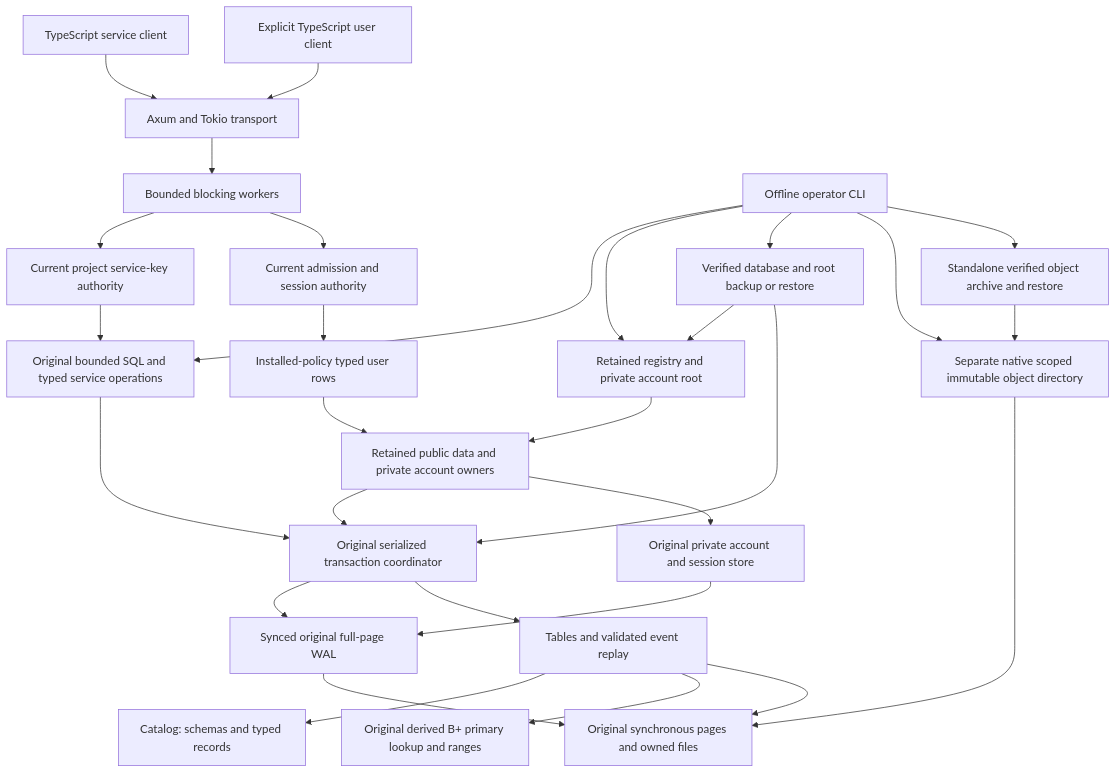
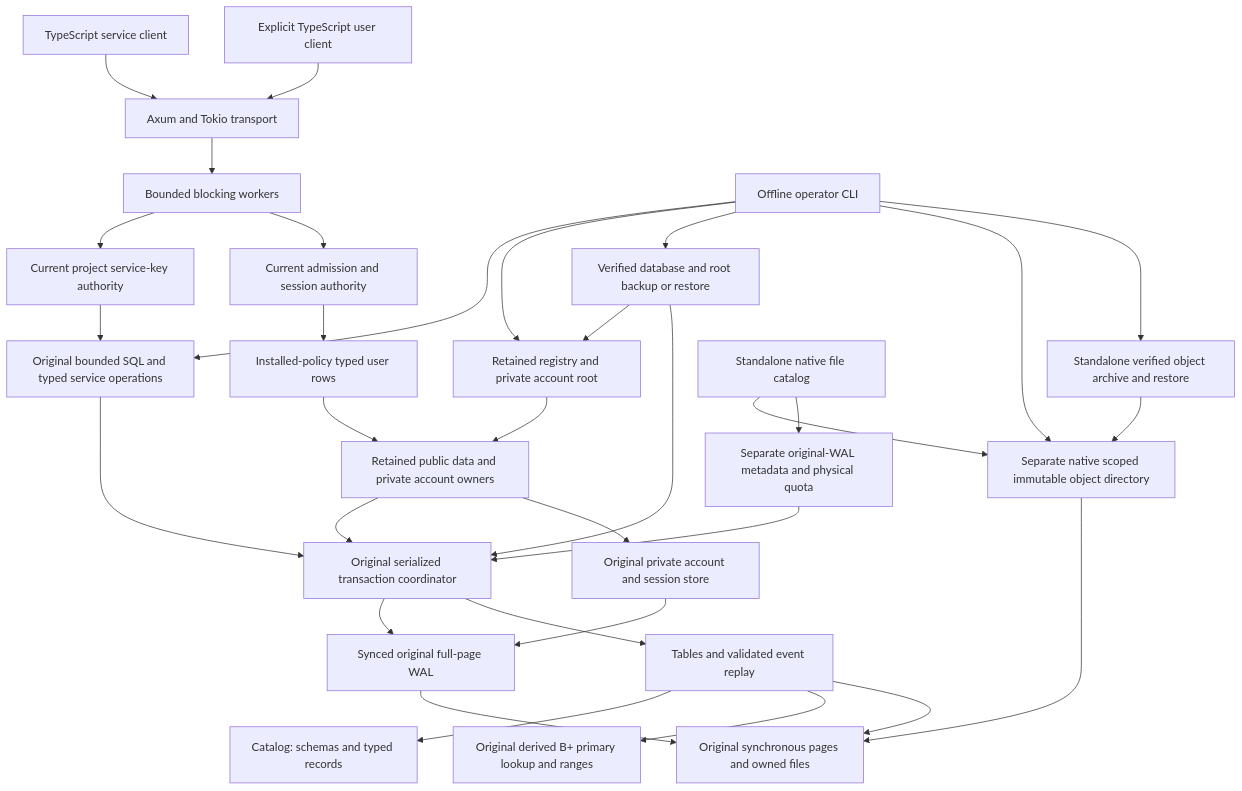
Before and after one commit to vantaeonx/EmilyBase: the diagram in docs/architecture.md, drawn with Mermaid. The commit also changed other lines of this file and 22 other files, not shown here.

Commit message:
feat(files): persist native references and physical quotas in original WAL

````diff
--- a/docs/architecture.md
+++ b/docs/architecture.md
@@ -12,31 +12,34 @@
 ```mermaid
 flowchart TD
   ServiceSDK[TypeScript service client] --> HTTP[Axum and Tokio transport]
   UserSDK[Explicit TypeScript user client] --> HTTP
   HTTP --> Workers[Bounded blocking workers]
   Workers --> ServiceGate[Current project service-key authority]
   Workers --> UserGate[Current admission and session authority]
   ServiceGate --> Query[Original bounded SQL and typed service operations]
   UserGate --> UserRows[Installed-policy typed user rows]
   UserRows --> Owners[Retained public data and private account owners]
   Owners --> Transactions[Original serialized transaction coordinator]
   Owners --> Private[Original private account and session store]
   Query --> Transactions
   CLI[Offline operator CLI] --> Query
   Transactions --> WAL[Synced original full-page WAL]
   Transactions --> Database[Tables and validated event replay]
   Database --> Catalog[Catalog: schemas and typed records]
   Database --> Index[Original derived B+ primary lookup and ranges]
   Database --> Storage[Original synchronous pages and owned files]
   Private --> WAL
   WAL --> Storage
   CLI --> Root[Retained registry and private account root]
   Root --> Owners
   CLI --> Backup[Verified database and root backup or restore]
   Backup --> Root
   Backup --> Transactions
   CLI --> ObjectFiles[Separate native scoped immutable object directory]
   ObjectFiles --> Storage
   CLI --> ObjectArchive[Standalone verified object archive and restore]
   ObjectArchive --> ObjectFiles
+  NativeFiles[Standalone native file catalog] --> ObjectFiles
+  NativeFiles --> FileMetadata[Separate original-WAL metadata and physical quota]
+  FileMetadata --> Transactions
 ```
````
